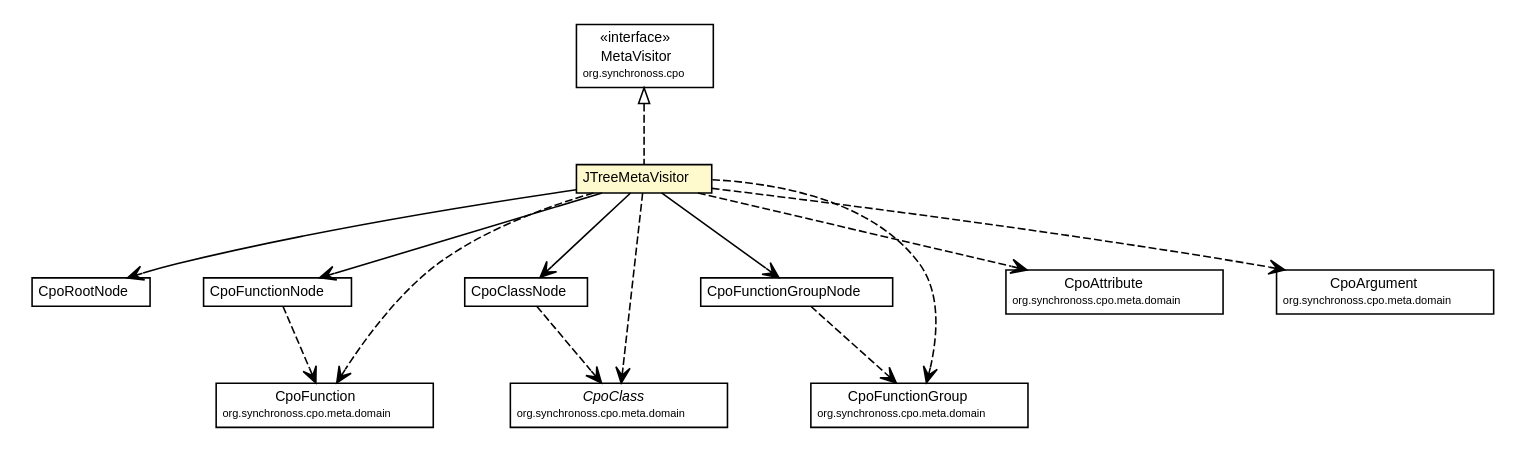
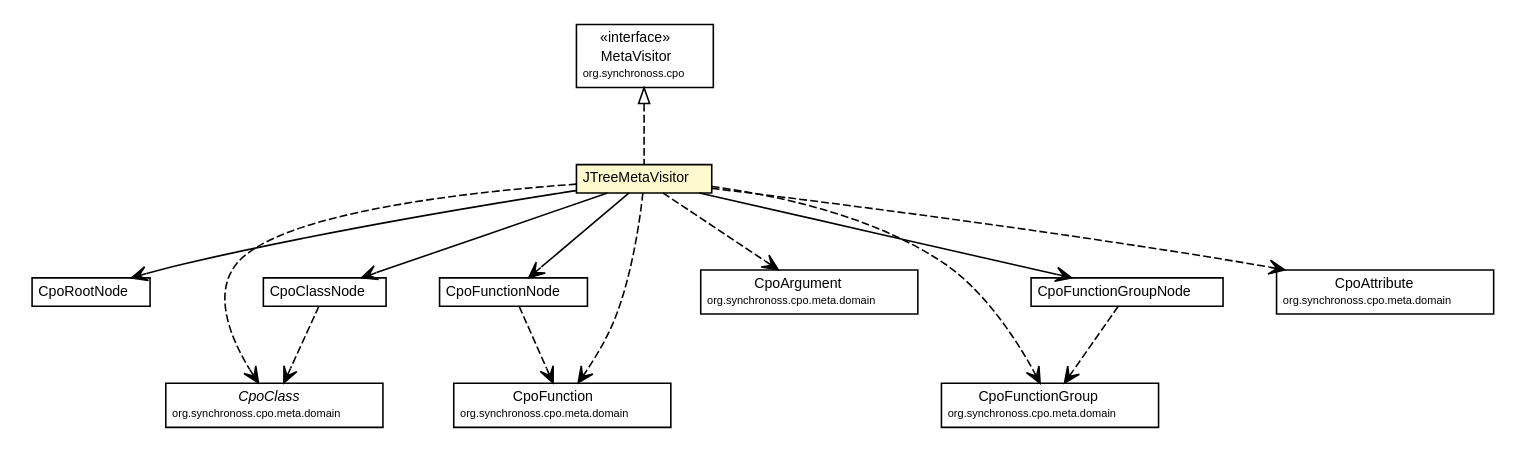
Before and after one commit to synchronoss/cpo-util: the diagram in site/apidocs/org/synchronoss/cpo/util/JTreeMetaVisitor.dot, drawn with Graphviz. The commit also changed 299 other files, not shown here.

Commit message:
Creating site for cpoUtil, 5.1.1-SNAPSHOT

```diff
--- a/site/apidocs/org/synchronoss/cpo/util/JTreeMetaVisitor.dot
+++ b/site/apidocs/org/synchronoss/cpo/util/JTreeMetaVisitor.dot
@@ -1,109 +1,109 @@
 #!/usr/local/bin/dot
 #
 # Class diagram 
 # Generated by UmlGraph version 4.6 (http://www.spinellis.gr/sw/umlgraph)
 #
 
 digraph G {
 	edge [fontname="Helvetica",fontsize=10,labelfontname="Helvetica",labelfontsize=10];
 	node [fontname="Helvetica",fontsize=10,shape=plaintext];
 	// org.synchronoss.cpo.util.JTreeMetaVisitor
 	c1707 [label=<<table border="0" cellborder="1" cellspacing="0" cellpadding="2" port="p" bgcolor="lemonChiffon" href="./JTreeMetaVisitor.html">
 		<tr><td><table border="0" cellspacing="0" cellpadding="1">
 			<tr><td> JTreeMetaVisitor </td></tr>
 		</table></td></tr>
 		</table>>, fontname="Helvetica", fontcolor="black", fontsize=9.0];
 	// org.synchronoss.cpo.util.CpoRootNode
 	c1715 [label=<<table border="0" cellborder="1" cellspacing="0" cellpadding="2" port="p" href="./CpoRootNode.html">
 		<tr><td><table border="0" cellspacing="0" cellpadding="1">
 			<tr><td> CpoRootNode </td></tr>
 		</table></td></tr>
 		</table>>, fontname="Helvetica", fontcolor="black", fontsize=9.0];
 	// org.synchronoss.cpo.util.CpoFunctionNode
 	c1721 [label=<<table border="0" cellborder="1" cellspacing="0" cellpadding="2" port="p" href="./CpoFunctionNode.html">
 		<tr><td><table border="0" cellspacing="0" cellpadding="1">
 			<tr><td> CpoFunctionNode </td></tr>
 		</table></td></tr>
 		</table>>, fontname="Helvetica", fontcolor="black", fontsize=9.0];
 	// org.synchronoss.cpo.util.CpoClassNode
 	c1723 [label=<<table border="0" cellborder="1" cellspacing="0" cellpadding="2" port="p" href="./CpoClassNode.html">
 		<tr><td><table border="0" cellspacing="0" cellpadding="1">
 			<tr><td> CpoClassNode </td></tr>
 		</table></td></tr>
 		</table>>, fontname="Helvetica", fontcolor="black", fontsize=9.0];
 	// org.synchronoss.cpo.util.CpoFunctionGroupNode
 	c1728 [label=<<table border="0" cellborder="1" cellspacing="0" cellpadding="2" port="p" href="./CpoFunctionGroupNode.html">
 		<tr><td><table border="0" cellspacing="0" cellpadding="1">
 			<tr><td> CpoFunctionGroupNode </td></tr>
 		</table></td></tr>
 		</table>>, fontname="Helvetica", fontcolor="black", fontsize=9.0];
 	//org.synchronoss.cpo.util.JTreeMetaVisitor implements org.synchronoss.cpo.MetaVisitor
 	c1764:p -> c1707:p [dir=back,arrowtail=empty,style=dashed];
 	// org.synchronoss.cpo.util.JTreeMetaVisitor NAVASSOC org.synchronoss.cpo.util.CpoRootNode
 	c1707:p -> c1715:p [taillabel="", label="", headlabel="", fontname="Helvetica", fontcolor="black", fontsize=10.0, color="black", arrowhead=open];
 	// org.synchronoss.cpo.util.JTreeMetaVisitor NAVASSOC org.synchronoss.cpo.util.CpoClassNode
 	c1707:p -> c1723:p [taillabel="", label="", headlabel="", fontname="Helvetica", fontcolor="black", fontsize=10.0, color="black", arrowhead=open];
 	// org.synchronoss.cpo.util.JTreeMetaVisitor NAVASSOC org.synchronoss.cpo.util.CpoFunctionGroupNode
 	c1707:p -> c1728:p [taillabel="", label="", headlabel="", fontname="Helvetica", fontcolor="black", fontsize=10.0, color="black", arrowhead=open];
 	// org.synchronoss.cpo.util.JTreeMetaVisitor NAVASSOC org.synchronoss.cpo.util.CpoFunctionNode
 	c1707:p -> c1721:p [taillabel="", label="", headlabel="", fontname="Helvetica", fontcolor="black", fontsize=10.0, color="black", arrowhead=open];
+	// org.synchronoss.cpo.util.JTreeMetaVisitor DEPEND org.synchronoss.cpo.meta.domain.CpoClass
+	c1707:p -> c1765:p [taillabel="", label="", headlabel="", fontname="Helvetica", fontcolor="black", fontsize=10.0, color="black", arrowhead=open, style=dashed];
+	// org.synchronoss.cpo.util.JTreeMetaVisitor DEPEND org.synchronoss.cpo.meta.domain.CpoArgument
+	c1707:p -> c1766:p [taillabel="", label="", headlabel="", fontname="Helvetica", fontcolor="black", fontsize=10.0, color="black", arrowhead=open, style=dashed];
 	// org.synchronoss.cpo.util.JTreeMetaVisitor DEPEND org.synchronoss.cpo.meta.domain.CpoFunction
-	c1707:p -> c1765:p [taillabel="", label="", headlabel="", fontname="Helvetica", fontcolor="black", fontsize=10.0, color="black", arrowhead=open, style=dashed];
-	// org.synchronoss.cpo.util.JTreeMetaVisitor DEPEND org.synchronoss.cpo.meta.domain.CpoClass
-	c1707:p -> c1766:p [taillabel="", label="", headlabel="", fontname="Helvetica", fontcolor="black", fontsize=10.0, color="black", arrowhead=open, style=dashed];
+	c1707:p -> c1767:p [taillabel="", label="", headlabel="", fontname="Helvetica", fontcolor="black", fontsize=10.0, color="black", arrowhead=open, style=dashed];
 	// org.synchronoss.cpo.util.JTreeMetaVisitor DEPEND org.synchronoss.cpo.meta.domain.CpoFunctionGroup
-	c1707:p -> c1768:p [taillabel="", label="", headlabel="", fontname="Helvetica", fontcolor="black", fontsize=10.0, color="black", arrowhead=open, style=dashed];
+	c1707:p -> c1769:p [taillabel="", label="", headlabel="", fontname="Helvetica", fontcolor="black", fontsize=10.0, color="black", arrowhead=open, style=dashed];
 	// org.synchronoss.cpo.util.JTreeMetaVisitor DEPEND org.synchronoss.cpo.meta.domain.CpoAttribute
-	c1707:p -> c1769:p [taillabel="", label="", headlabel="", fontname="Helvetica", fontcolor="black", fontsize=10.0, color="black", arrowhead=open, style=dashed];
-	// org.synchronoss.cpo.util.JTreeMetaVisitor DEPEND org.synchronoss.cpo.meta.domain.CpoArgument
 	c1707:p -> c1770:p [taillabel="", label="", headlabel="", fontname="Helvetica", fontcolor="black", fontsize=10.0, color="black", arrowhead=open, style=dashed];
 	// org.synchronoss.cpo.util.CpoFunctionNode DEPEND org.synchronoss.cpo.meta.domain.CpoFunction
-	c1721:p -> c1765:p [taillabel="", label="", headlabel="", fontname="Helvetica", fontcolor="black", fontsize=10.0, color="black", arrowhead=open, style=dashed];
+	c1721:p -> c1767:p [taillabel="", label="", headlabel="", fontname="Helvetica", fontcolor="black", fontsize=10.0, color="black", arrowhead=open, style=dashed];
 	// org.synchronoss.cpo.util.CpoClassNode DEPEND org.synchronoss.cpo.meta.domain.CpoClass
-	c1723:p -> c1766:p [taillabel="", label="", headlabel="", fontname="Helvetica", fontcolor="black", fontsize=10.0, color="black", arrowhead=open, style=dashed];
+	c1723:p -> c1765:p [taillabel="", label="", headlabel="", fontname="Helvetica", fontcolor="black", fontsize=10.0, color="black", arrowhead=open, style=dashed];
 	// org.synchronoss.cpo.util.CpoFunctionGroupNode DEPEND org.synchronoss.cpo.meta.domain.CpoFunctionGroup
-	c1728:p -> c1768:p [taillabel="", label="", headlabel="", fontname="Helvetica", fontcolor="black", fontsize=10.0, color="black", arrowhead=open, style=dashed];
+	c1728:p -> c1769:p [taillabel="", label="", headlabel="", fontname="Helvetica", fontcolor="black", fontsize=10.0, color="black", arrowhead=open, style=dashed];
 	// org.synchronoss.cpo.meta.domain.CpoClass
-	c1766 [label=<<table border="0" cellborder="1" cellspacing="0" cellpadding="2" port="p" href="http://java.sun.com/j2se/1.4.2/docs/api/org/synchronoss/cpo/meta/domain/CpoClass.html">
+	c1765 [label=<<table border="0" cellborder="1" cellspacing="0" cellpadding="2" port="p" href="http://java.sun.com/j2se/1.4.2/docs/api/org/synchronoss/cpo/meta/domain/CpoClass.html">
 		<tr><td><table border="0" cellspacing="0" cellpadding="1">
 			<tr><td><font face="Helvetica-Oblique"> CpoClass </font></td></tr>
 			<tr><td><font point-size="7.0"> org.synchronoss.cpo.meta.domain </font></td></tr>
 		</table></td></tr>
 		</table>>, fontname="Helvetica", fontcolor="black", fontsize=9.0];
 	// org.synchronoss.cpo.meta.domain.CpoArgument
-	c1770 [label=<<table border="0" cellborder="1" cellspacing="0" cellpadding="2" port="p" href="http://java.sun.com/j2se/1.4.2/docs/api/org/synchronoss/cpo/meta/domain/CpoArgument.html">
+	c1766 [label=<<table border="0" cellborder="1" cellspacing="0" cellpadding="2" port="p" href="http://java.sun.com/j2se/1.4.2/docs/api/org/synchronoss/cpo/meta/domain/CpoArgument.html">
 		<tr><td><table border="0" cellspacing="0" cellpadding="1">
 			<tr><td> CpoArgument </td></tr>
 			<tr><td><font point-size="7.0"> org.synchronoss.cpo.meta.domain </font></td></tr>
 		</table></td></tr>
 		</table>>, fontname="Helvetica", fontcolor="black", fontsize=9.0];
 	// org.synchronoss.cpo.meta.domain.CpoAttribute
-	c1769 [label=<<table border="0" cellborder="1" cellspacing="0" cellpadding="2" port="p" href="http://java.sun.com/j2se/1.4.2/docs/api/org/synchronoss/cpo/meta/domain/CpoAttribute.html">
+	c1770 [label=<<table border="0" cellborder="1" cellspacing="0" cellpadding="2" port="p" href="http://java.sun.com/j2se/1.4.2/docs/api/org/synchronoss/cpo/meta/domain/CpoAttribute.html">
 		<tr><td><table border="0" cellspacing="0" cellpadding="1">
 			<tr><td> CpoAttribute </td></tr>
 			<tr><td><font point-size="7.0"> org.synchronoss.cpo.meta.domain </font></td></tr>
 		</table></td></tr>
 		</table>>, fontname="Helvetica", fontcolor="black", fontsize=9.0];
 	// org.synchronoss.cpo.meta.domain.CpoFunction
-	c1765 [label=<<table border="0" cellborder="1" cellspacing="0" cellpadding="2" port="p" href="http://java.sun.com/j2se/1.4.2/docs/api/org/synchronoss/cpo/meta/domain/CpoFunction.html">
+	c1767 [label=<<table border="0" cellborder="1" cellspacing="0" cellpadding="2" port="p" href="http://java.sun.com/j2se/1.4.2/docs/api/org/synchronoss/cpo/meta/domain/CpoFunction.html">
 		<tr><td><table border="0" cellspacing="0" cellpadding="1">
 			<tr><td> CpoFunction </td></tr>
 			<tr><td><font point-size="7.0"> org.synchronoss.cpo.meta.domain </font></td></tr>
 		</table></td></tr>
 		</table>>, fontname="Helvetica", fontcolor="black", fontsize=9.0];
 	// org.synchronoss.cpo.meta.domain.CpoFunctionGroup
-	c1768 [label=<<table border="0" cellborder="1" cellspacing="0" cellpadding="2" port="p" href="http://java.sun.com/j2se/1.4.2/docs/api/org/synchronoss/cpo/meta/domain/CpoFunctionGroup.html">
+	c1769 [label=<<table border="0" cellborder="1" cellspacing="0" cellpadding="2" port="p" href="http://java.sun.com/j2se/1.4.2/docs/api/org/synchronoss/cpo/meta/domain/CpoFunctionGroup.html">
 		<tr><td><table border="0" cellspacing="0" cellpadding="1">
 			<tr><td> CpoFunctionGroup </td></tr>
 			<tr><td><font point-size="7.0"> org.synchronoss.cpo.meta.domain </font></td></tr>
 		</table></td></tr>
 		</table>>, fontname="Helvetica", fontcolor="black", fontsize=9.0];
 	// org.synchronoss.cpo.MetaVisitor
 	c1764 [label=<<table border="0" cellborder="1" cellspacing="0" cellpadding="2" port="p" href="http://java.sun.com/j2se/1.4.2/docs/api/org/synchronoss/cpo/MetaVisitor.html">
 		<tr><td><table border="0" cellspacing="0" cellpadding="1">
 			<tr><td> &laquo;interface&raquo; </td></tr>
 			<tr><td> MetaVisitor </td></tr>
 			<tr><td><font point-size="7.0"> org.synchronoss.cpo </font></td></tr>
 		</table></td></tr>
 		</table>>, fontname="Helvetica", fontcolor="black", fontsize=9.0];
 }
```
